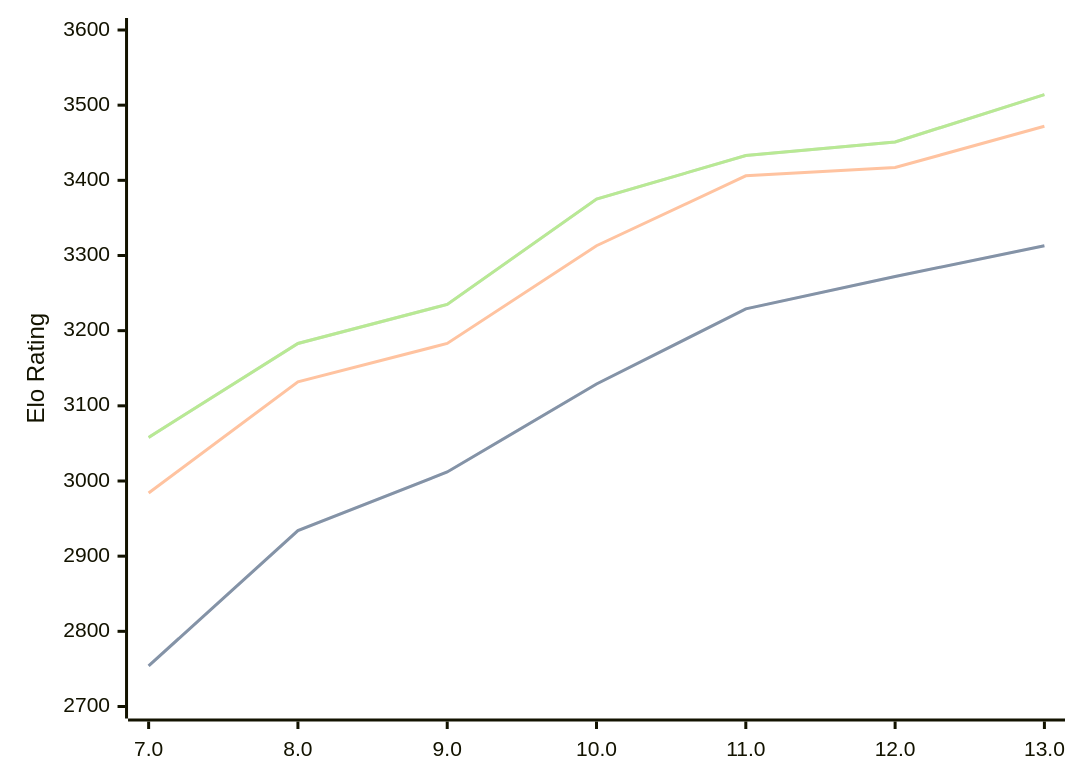
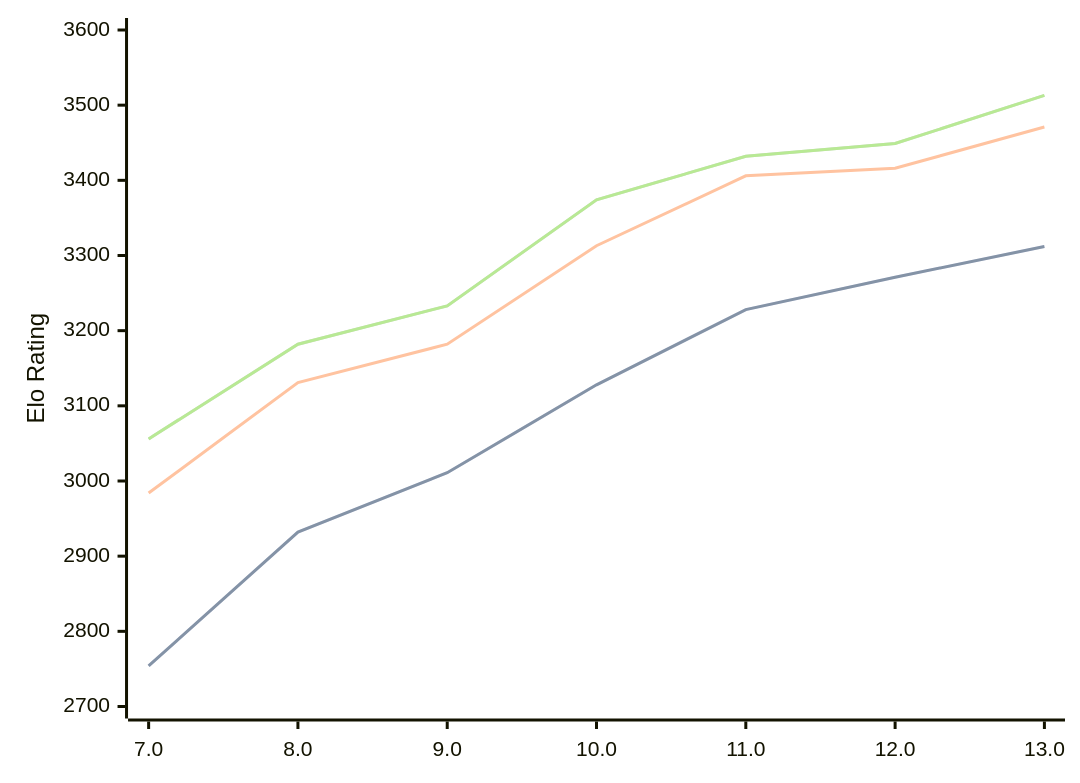
One commit to computer-chess-index/cci changed the diagram in engines/Tcheran.md. Above: the diagram before and after it, drawn with Mermaid. The commit also changed other lines of this file, not shown here.

Commit message:
Update CCI Ratings (ELO VLTC) - 2026-08-04

````diff
--- a/engines/Tcheran.md
+++ b/engines/Tcheran.md
@@ -51,11 +51,11 @@
 ```mermaid
 %%{init: {"theme":"base","themeVariables":{"seriesColors:['#a3a3a3','#222221','#faa371']}}}%%
 xychart-beta
   x-axis ["7.0", "8.0", "9.0", "10.0", "11.0", "12.0", "13.0"]
   y-axis "Elo Rating" 2700 --> 3600
-  line "STC (8.0+0.08s)" [2754, 2934, 3012, 3129, 3229, 3272, 3313]
-  line "STC (8.0+0.08s)" [2754, 2934, 3012, 3129, 3229, 3272, 3313]
-  line "LTC (60.0+0.60s)" [2984, 3132, 3183, 3313, 3406, 3417, 3472]
-  line "VLTC (2m24s+1.12s)" [3058, 3183, 3235, 3375, 3433, 3451, 3514]
-  line "VLTC (2m24s+1.12s)" [3058, 3183, 3235, 3375, 3433, 3451, 3514]
+  line "STC (8.0+0.08s)" [2754, 2932, 3011, 3128, 3228, 3271, 3312]
+  line "STC (8.0+0.08s)" [2754, 2932, 3011, 3128, 3228, 3271, 3312]
+  line "LTC (60.0+0.60s)" [2984, 3131, 3182, 3313, 3406, 3416, 3471]
+  line "VLTC (2m24s+1.12s)" [3056, 3182, 3233, 3374, 3432, 3449, 3513]
+  line "VLTC (2m24s+1.12s)" [3056, 3182, 3233, 3374, 3432, 3449, 3513]
 ```
````
